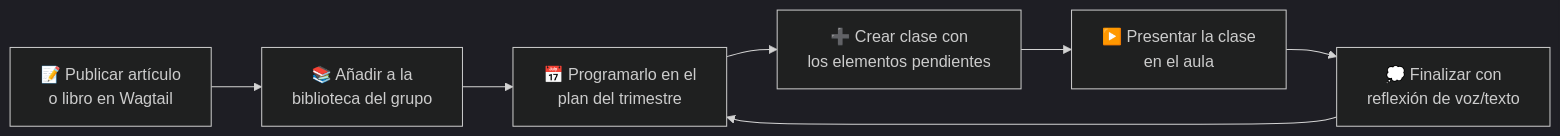
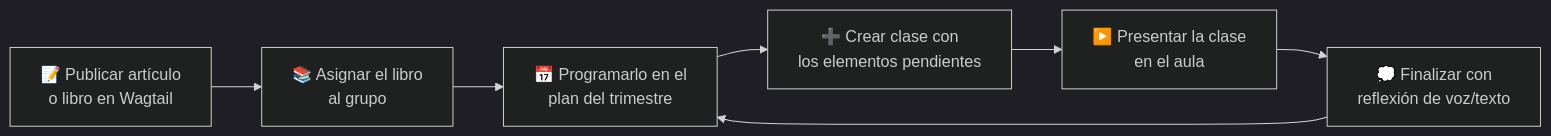
The diagram in documentacion/index.md (deleyva/app-martina), drawn with Mermaid (dark theme) before and after one commit. The commit also changed other lines of this file and 48 other files, not shown here.

First line of the commit message:
Fase 89: fuera la biblioteca de grupo (GroupLibraryItem) y los mazos (LibraryDeck)

````diff
--- a/documentacion/index.md
+++ b/documentacion/index.md
@@ -29,9 +29,9 @@
 ```mermaid
 flowchart LR
-    A[📝 Publicar artículo<br/>o libro en Wagtail] --> B[📚 Añadir a la<br/>biblioteca del grupo]
+    A[📝 Publicar artículo<br/>o libro en Wagtail] --> B[📚 Asignar el libro<br/>al grupo]
     B --> C[📅 Programarlo en el<br/>plan del trimestre]
     C --> D[➕ Crear clase con<br/>los elementos pendientes]
     D --> E[▶️ Presentar la clase<br/>en el aula]
     E --> F[💭 Finalizar con<br/>reflexión de voz/texto]
     F --> C
 ```
````
